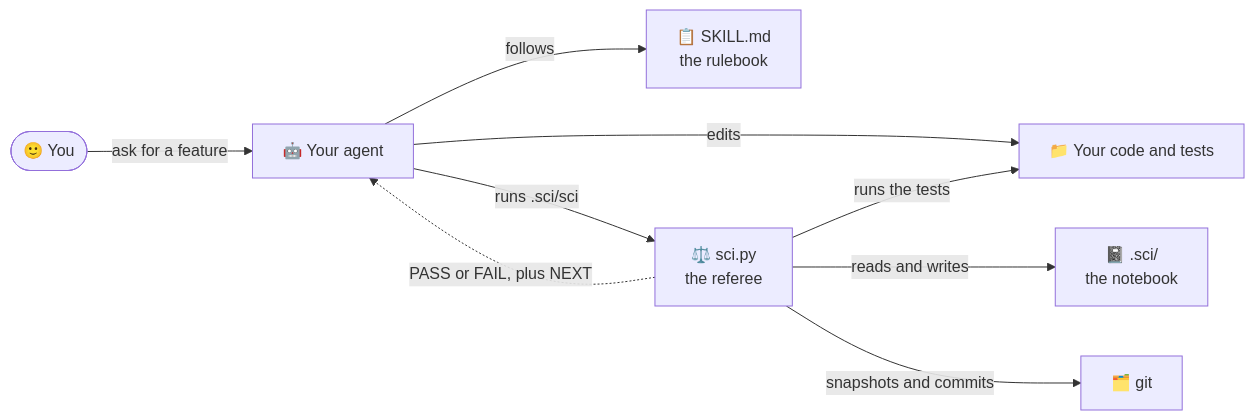
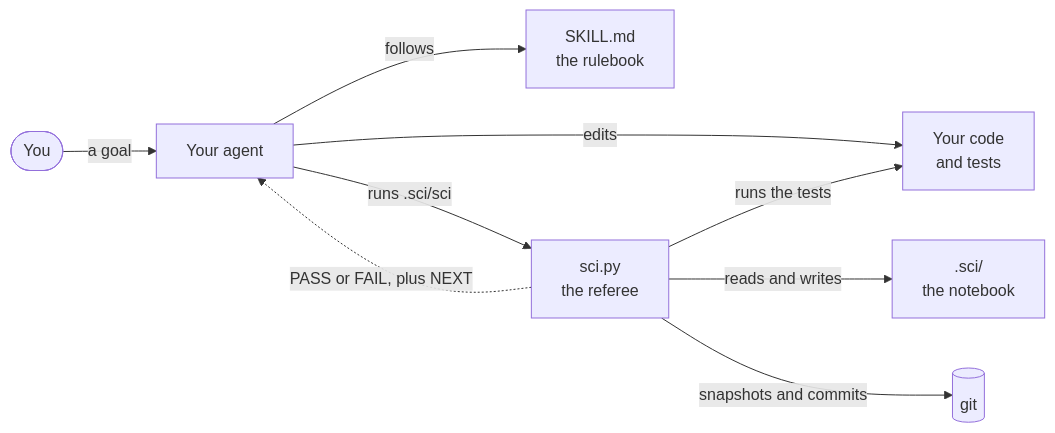
The first of 3 diagrams in README.md (Nag681/sci-harness), drawn with Mermaid before and after one commit. The commit also changed other lines of this file and 6 other files, not shown here.

````diff
--- a/README.md
+++ b/README.md
@@ -252,11 +386,11 @@
 ```mermaid
 flowchart LR
-    you(["🙂 You"]) -- "ask for a feature" --> agent["🤖 Your agent"]
-    agent -- "follows" --> rules["📋 SKILL.md<br>the rulebook"]
-    agent -- "edits" --> code["📁 Your code and tests"]
-    agent -- "runs .sci/sci" --> sci["⚖️ sci.py<br>the referee"]
+    you(["You"]) -- "a goal" --> agent["Your agent"]
+    agent -- "follows" --> rules["SKILL.md<br>the rulebook"]
+    agent -- "edits" --> code["Your code<br>and tests"]
+    agent -- "runs .sci/sci" --> sci["sci.py<br>the referee"]
     sci -- "runs the tests" --> code
-    sci -- "reads and writes" --> notes["📓 .sci/<br>the notebook"]
-    sci -- "snapshots and commits" --> git["🗂️ git"]
-    sci -.->|"PASS or FAIL, plus NEXT"| agent
+    sci -- "reads and writes" --> notes[".sci/<br>the notebook"]
+    sci -- "snapshots and commits" --> git[("git")]
+    sci -. "PASS or FAIL, plus NEXT" .-> agent
 ```
````
